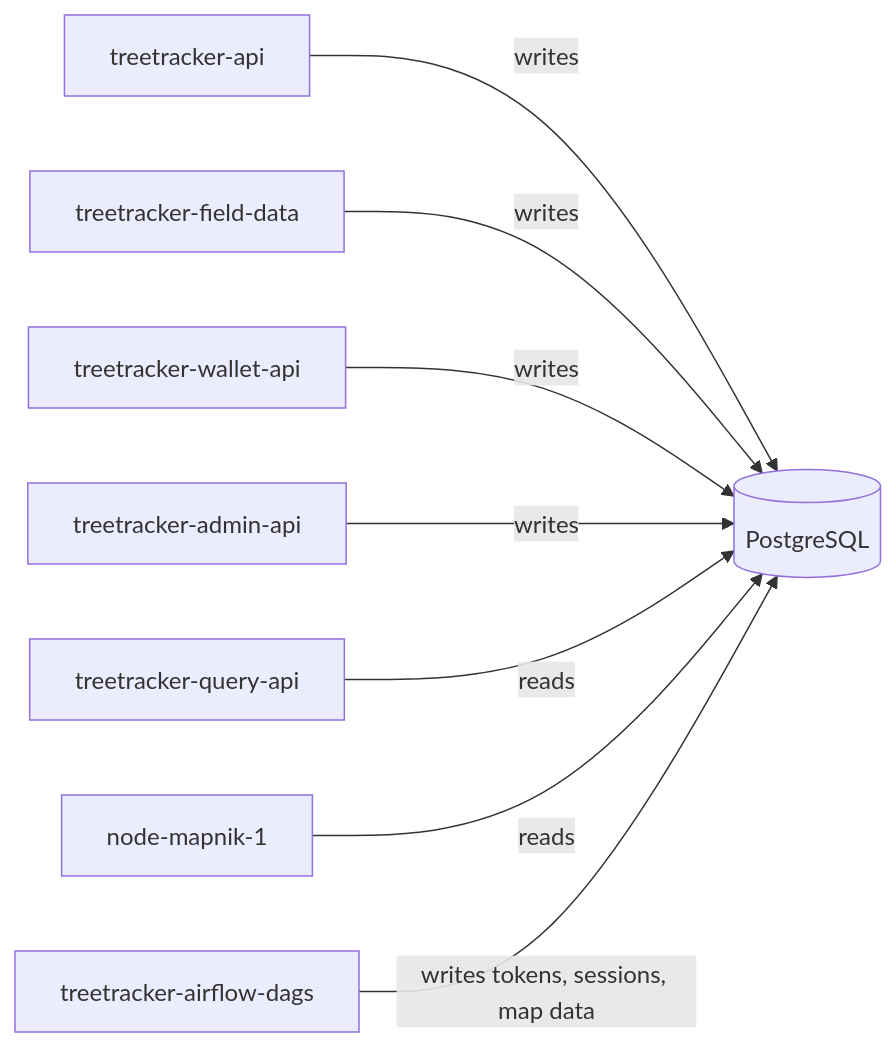
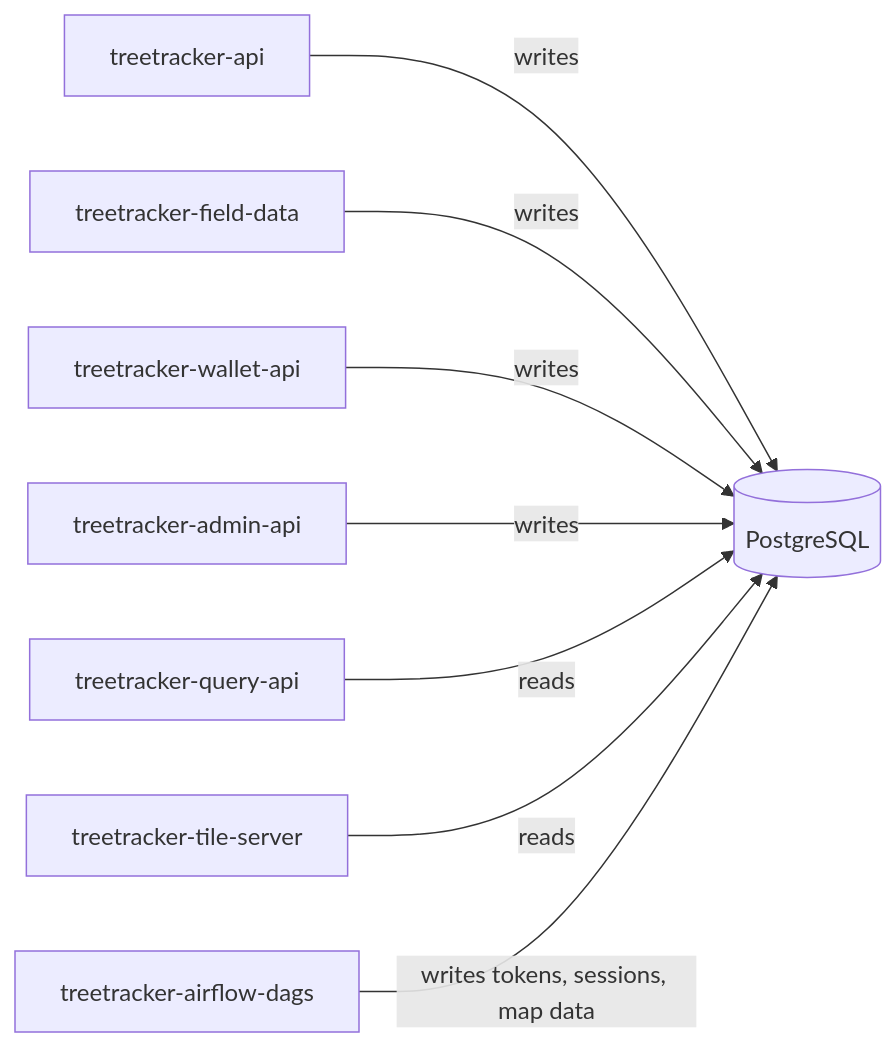
The fourth of 5 diagrams in ARCHITECTURE.md (arnoldcastro5000/understand-greenstand), drawn with Mermaid before and after one commit. The commit also changed other lines of this file and 11 other files, not shown here.

First line of the commit message:
Follow the rename of node-mapnik-1 to treetracker-tile-server

````diff
--- a/ARCHITECTURE.md
+++ b/ARCHITECTURE.md
@@ -107,18 +107,18 @@
 ```mermaid
 flowchart LR
   n_treetracker_api["treetracker-api"]
   n_postgres[("PostgreSQL")]
   n_treetracker_field_data["treetracker-field-data"]
   n_treetracker_wallet_api["treetracker-wallet-api"]
   n_treetracker_admin_api["treetracker-admin-api"]
   n_treetracker_query_api["treetracker-query-api"]
-  n_node_mapnik_1["node-mapnik-1"]
+  n_treetracker_tile_server["treetracker-tile-server"]
   n_treetracker_airflow_dags["treetracker-airflow-dags"]
   n_treetracker_api -->|"writes"| n_postgres
   n_treetracker_field_data -->|"writes"| n_postgres
   n_treetracker_wallet_api -->|"writes"| n_postgres
   n_treetracker_admin_api -->|"writes"| n_postgres
   n_treetracker_query_api -->|"reads"| n_postgres
-  n_node_mapnik_1 -->|"reads"| n_postgres
+  n_treetracker_tile_server -->|"reads"| n_postgres
   n_treetracker_airflow_dags -->|"writes tokens, sessions, map data"| n_postgres
 ```
````
